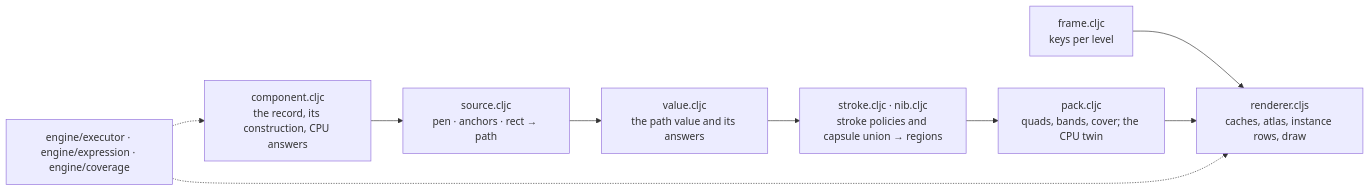
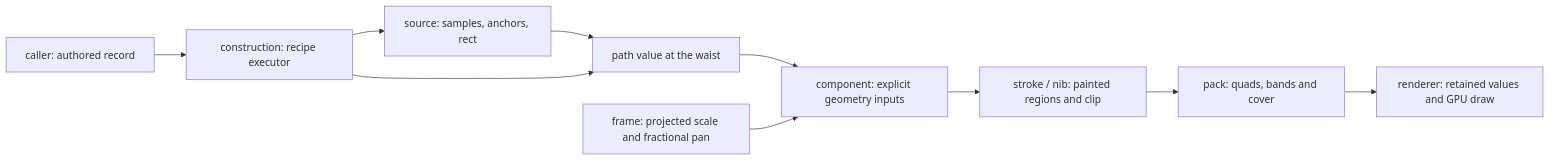
Before and after one commit to sid597/Softland: the diagram in src/app/client/path/README.md, drawn with Mermaid. The commit also changed other lines of this file and 32 other files, not shown here.

Commit message:
Move path construction to callers and unify recipe and width expressions

````diff
--- a/src/app/client/path/README.md
+++ b/src/app/client/path/README.md
@@ -7,10 +11,12 @@
 ```mermaid
 flowchart LR
-    R["component.cljc<br/>the record, its construction, CPU answers"] --> S["source.cljc<br/>pen · anchors · rect → path"]
-    S --> V["value.cljc<br/>the path value and its answers"]
-    V --> K["stroke.cljc · nib.cljc<br/>stroke policies and capsule union → regions"]
-    K --> P["pack.cljc<br/>quads, bands, cover; the CPU twin"]
-    F["frame.cljc<br/>keys per level"] --> N
-    P --> N["renderer.cljs<br/>caches, atlas, instance rows, draw"]
-    E["engine/executor · engine/expression · engine/coverage"] -.-> R & N
+    R["caller: authored record"] --> C["construction: recipe executor"]
+    C --> S["source: samples, anchors, rect"]
+    S --> V["path value at the waist"]
+    C --> V
+    V --> G["component: explicit geometry inputs"]
+    F["frame: projected scale and fractional pan"] --> G
+    G --> N["stroke / nib: painted regions and clip"]
+    N --> P["pack: quads, bands and cover"]
+    P --> D["renderer: retained values and GPU draw"]
 ```
````
